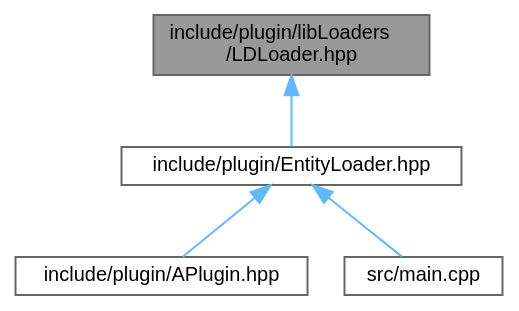
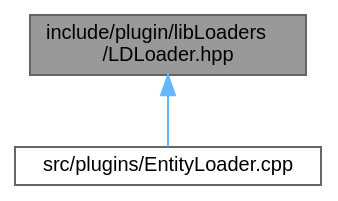
One commit to sami-hmr/R-Type changed the diagram in LDLoader_8hpp__dep__incl.dot. Above: the diagram before and after it, drawn with Graphviz. The commit also changed 176 other files, not shown here.

```diff
--- a/LDLoader_8hpp__dep__incl.dot
+++ b/LDLoader_8hpp__dep__incl.dot
@@ -1,14 +1,10 @@
 digraph "include/plugin/libLoaders/LDLoader.hpp"
 {
  // LATEX_PDF_SIZE
   bgcolor="transparent";
   edge [fontname=Helvetica,fontsize=10,labelfontname=Helvetica,labelfontsize=10];
   node [fontname=Helvetica,fontsize=10,shape=box,height=0.2,width=0.4];
   Node1 [id="Node000001",label="include/plugin/libLoaders\l/LDLoader.hpp",height=0.2,width=0.4,color="gray40", fillcolor="grey60", style="filled", fontcolor="black",tooltip=" "];
   Node1 -> Node2 [id="edge1_Node000001_Node000002",dir="back",color="steelblue1",style="solid",tooltip=" "];
-  Node2 [id="Node000002",label="include/plugin/EntityLoader.hpp",height=0.2,width=0.4,color="grey40", fillcolor="white", style="filled",URL="$EntityLoader_8hpp.html",tooltip=" "];
-  Node2 -> Node3 [id="edge2_Node000002_Node000003",dir="back",color="steelblue1",style="solid",tooltip=" "];
-  Node3 [id="Node000003",label="include/plugin/APlugin.hpp",height=0.2,width=0.4,color="grey40", fillcolor="white", style="filled",URL="$APlugin_8hpp.html",tooltip=" "];
-  Node2 -> Node4 [id="edge3_Node000002_Node000004",dir="back",color="steelblue1",style="solid",tooltip=" "];
-  Node4 [id="Node000004",label="src/main.cpp",height=0.2,width=0.4,color="grey40", fillcolor="white", style="filled",URL="$main_8cpp.html",tooltip=" "];
+  Node2 [id="Node000002",label="src/plugins/EntityLoader.cpp",height=0.2,width=0.4,color="grey40", fillcolor="white", style="filled",URL="$EntityLoader_8cpp.html",tooltip=" "];
 }
```
